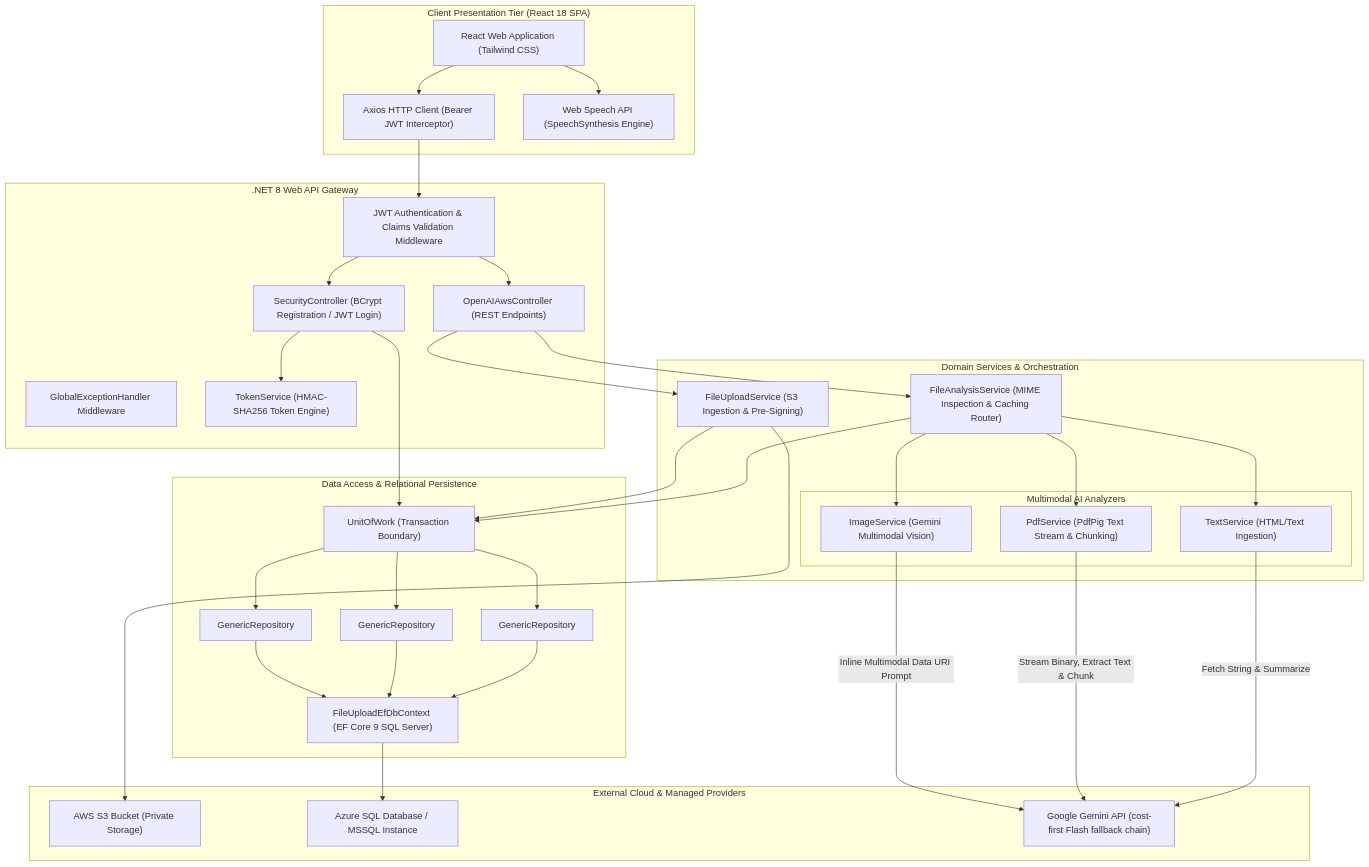
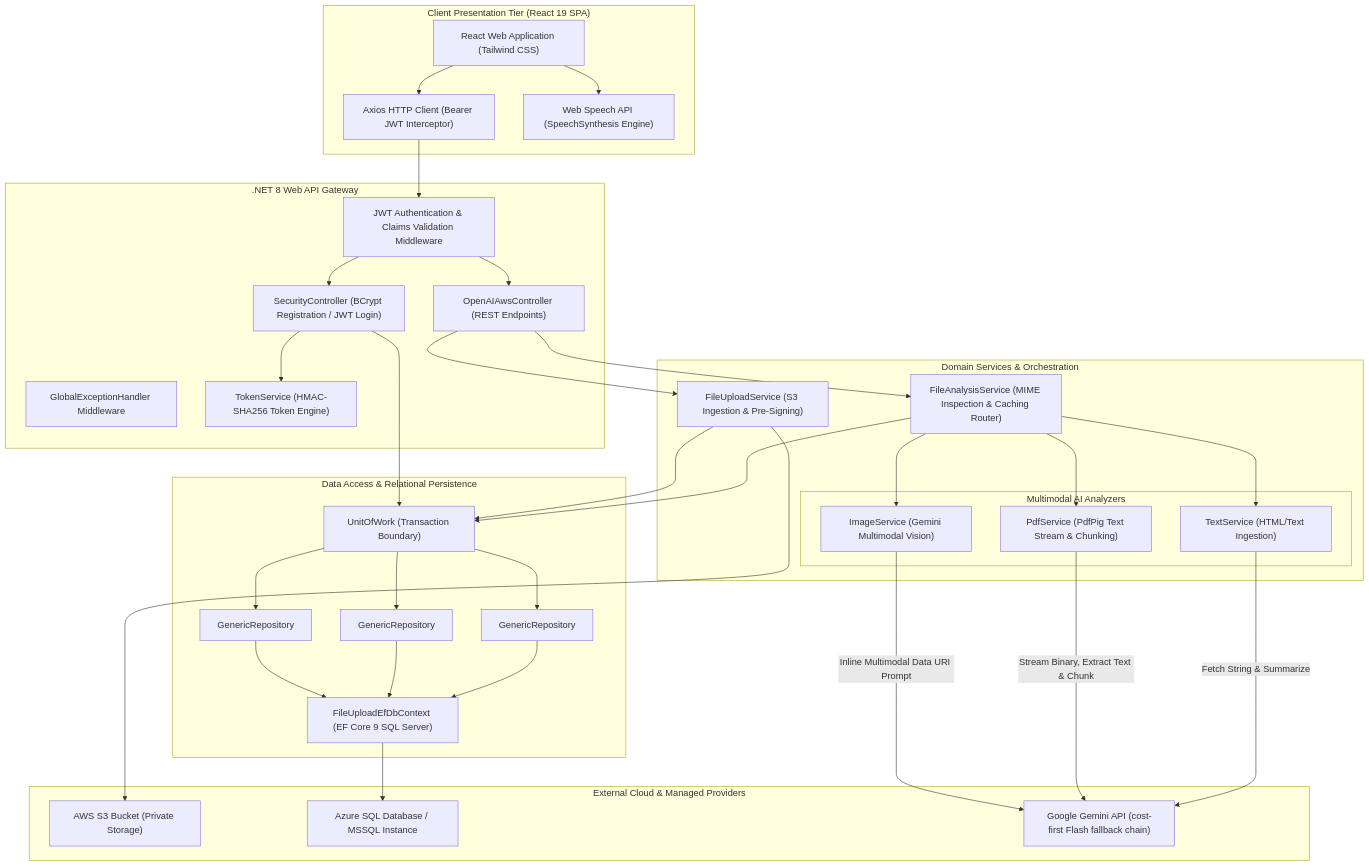
One commit to BradshawAsher/aws-file-analyzer changed the diagram in architecture.md. Above: the diagram before and after it, drawn with Mermaid. The commit also changed other lines of this file and 25 other files, not shown here.

````diff
--- a/architecture.md
+++ b/architecture.md
@@ -11,78 +11,78 @@
 ```mermaid
 flowchart TB
-    subgraph ClientLayer ["Client Presentation Tier (React 18 SPA)"]
+    subgraph ClientLayer ["Client Presentation Tier (React 19 SPA)"]
         UI["React Web Application (Tailwind CSS)"]
         AxiosClient["Axios HTTP Client (Bearer JWT Interceptor)"]
         WebSpeech["Web Speech API (SpeechSynthesis Engine)"]
     end
 
     subgraph ApiGateway [".NET 8 Web API Gateway"]
         AuthMiddleware["JWT Authentication & Claims Validation Middleware"]
         MainCtrl["OpenAIAwsController (REST Endpoints)"]
         SecCtrl["SecurityController (BCrypt Registration / JWT Login)"]
         ExcMiddleware["GlobalExceptionHandler Middleware"]
         TokenSvc["TokenService (HMAC-SHA256 Token Engine)"]
     end
 
     subgraph ServiceLayer ["Domain Services & Orchestration"]
         UploadSvc["FileUploadService (S3 Ingestion & Pre-Signing)"]
         AnalysisSvc["FileAnalysisService (MIME Inspection & Caching Router)"]
         
         subgraph AiEngines ["Multimodal AI Analyzers"]
             ImgSvc["ImageService (Gemini Multimodal Vision)"]
             PdfSvc["PdfService (PdfPig Text Stream & Chunking)"]
             TxtSvc["TextService (HTML/Text Ingestion)"]
         end
     end
 
     subgraph DataLayer ["Data Access & Relational Persistence"]
         UoW["UnitOfWork (Transaction Boundary)"]
         RepoUpload["GenericRepository<FileUploadHistory>"]
         RepoAnalysis["GenericRepository<FileAnalysisResult>"]
         RepoUser["GenericRepository<UserLogin>"]
         DbContext["FileUploadEfDbContext (EF Core 9 SQL Server)"]
     end
 
     subgraph CloudServices ["External Cloud & Managed Providers"]
         S3["AWS S3 Bucket (Private Storage)"]
         AzureSql["Azure SQL Database / MSSQL Instance"]
         GeminiApi["Google Gemini API (cost-first Flash fallback chain)"]
     end
 
     %% Client Interactions
     UI --> AxiosClient
     UI --> WebSpeech
     AxiosClient --> AuthMiddleware
     AuthMiddleware --> MainCtrl
     AuthMiddleware --> SecCtrl
 
     %% Security Flow
     SecCtrl --> TokenSvc
     SecCtrl --> UoW
 
     %% Controller to Services
     MainCtrl --> UploadSvc
     MainCtrl --> AnalysisSvc
 
     %% Service Execution
     UploadSvc --> S3
     UploadSvc --> UoW
     AnalysisSvc --> UoW
     AnalysisSvc --> ImgSvc
     AnalysisSvc --> PdfSvc
     AnalysisSvc --> TxtSvc
 
     %% AI Integrations
     ImgSvc -->|Inline Multimodal Data URI Prompt| GeminiApi
     PdfSvc -->|Stream Binary, Extract Text & Chunk| GeminiApi
     TxtSvc -->|Fetch String & Summarize| GeminiApi
 
     %% Persistence
     UoW --> RepoUpload
     UoW --> RepoAnalysis
     UoW --> RepoUser
     RepoUpload --> DbContext
     RepoAnalysis --> DbContext
     RepoUser --> DbContext
     DbContext --> AzureSql
 ```
````
